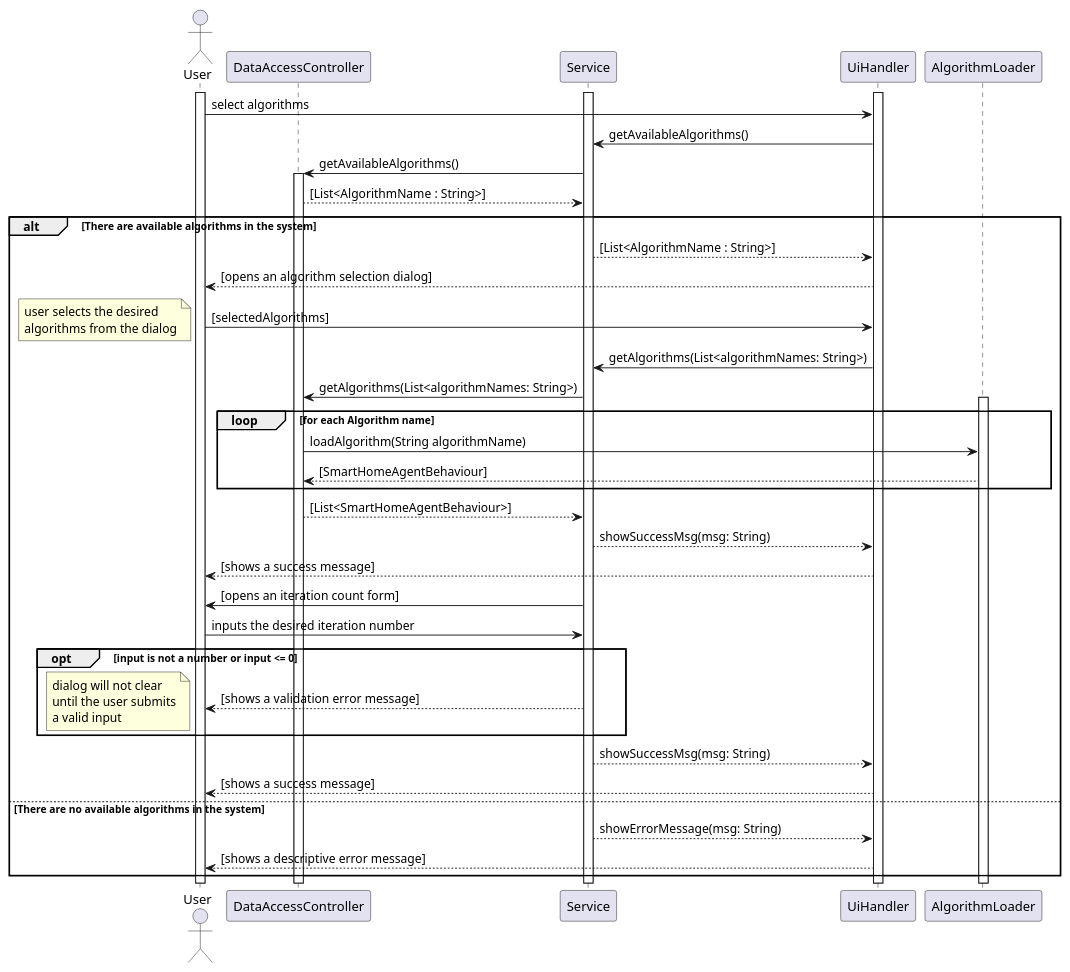
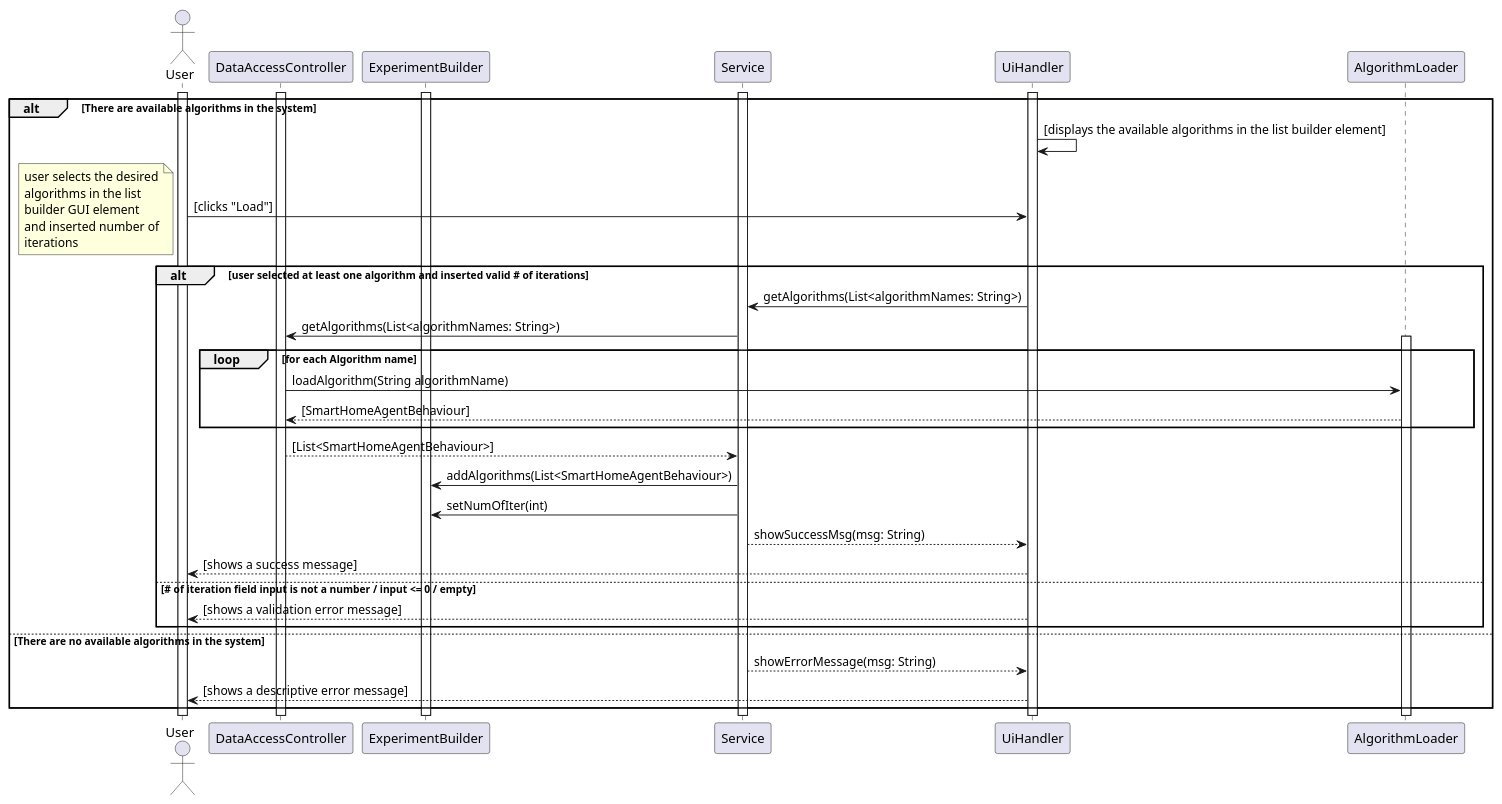
The diagram in Final/Docs/Diagrams/behaviour diagrams/scripts/algoChooseSeq.puml (miamiHits/FinalProject), drawn with PlantUML before and after one commit. The commit also changed 7 other files, not shown here.

Commit message:
updated sequence diagrams according t the new design

```diff
--- a/Final/Docs/Diagrams/behaviour diagrams/scripts/algoChooseSeq.puml
+++ b/Final/Docs/Diagrams/behaviour diagrams/scripts/algoChooseSeq.puml
@@ -1,56 +1,48 @@
 @startuml
 actor User as u
 participant DataAccessController as DAC
+participant ExperimentBuilder as EB
 
 activate u
 activate Service
 activate UiHandler
-
-u -> UiHandler : select algorithms
-UiHandler -> Service : getAvailableAlgorithms()
-Service -> DAC : getAvailableAlgorithms()
-
 activate DAC
-DAC --> Service : [List<AlgorithmName : String>]
+activate EB
 
 alt There are available algorithms in the system
 
-    Service --> UiHandler : [List<AlgorithmName : String>]
-    UiHandler --> u : [opens an algorithm selection dialog]
-    u -> UiHandler : [selectedAlgorithms]
+    UiHandler -> UiHandler : [displays the available algorithms in the list builder element]
+    u -> UiHandler : [clicks "Load"]
     note left
         user selects the desired
-        algorithms from the dialog
+        algorithms in the list
+        builder GUI element
+        and inserted number of
+        iterations
     end note
 
-    UiHandler -> Service : getAlgorithms(List<algorithmNames: String>)
+    alt user selected at least one algorithm and inserted valid # of iterations
+        UiHandler -> Service : getAlgorithms(List<algorithmNames: String>)
 
-    Service -> DAC : getAlgorithms(List<algorithmNames: String>)
+        Service -> DAC : getAlgorithms(List<algorithmNames: String>)
 
-    loop for each Algorithm name
-        activate AlgorithmLoader
-        DAC -> AlgorithmLoader : loadAlgorithm(String algorithmName)
-        AlgorithmLoader --> DAC : [SmartHomeAgentBehaviour]
+        loop for each Algorithm name
+            activate AlgorithmLoader
+            DAC -> AlgorithmLoader : loadAlgorithm(String algorithmName)
+            AlgorithmLoader --> DAC : [SmartHomeAgentBehaviour]
+        end
+
+        DAC --> Service : [List<SmartHomeAgentBehaviour>]
+        Service -> EB : addAlgorithms(List<SmartHomeAgentBehaviour>)
+        Service -> EB : setNumOfIter(int)
+        Service --> UiHandler : showSuccessMsg(msg: String)
+        UiHandler --> u : [shows a success message]
+    else # of iteration field input is not a number / input <= 0 / empty
+        UiHandler --> u : [shows a validation error message]
+
     end
-
-    DAC --> Service : [List<SmartHomeAgentBehaviour>]
-    Service --> UiHandler : showSuccessMsg(msg: String)
-    UiHandler --> u : [shows a success message]
-    Service -> u : [opens an iteration count form]
-    u -> Service : inputs the desired iteration number
-    opt input is not a number or input <= 0
-        Service --> u : [shows a validation error message]
-        note left
-            dialog will not clear
-            until the user submits
-            a valid input
-        end note
-    end
-    Service --> UiHandler : showSuccessMsg(msg: String)
-    UiHandler --> u : [shows a success message]
-
 else There are no available algorithms in the system
     Service --> UiHandler : showErrorMessage(msg: String)
     UiHandler --> u : [shows a descriptive error message]
 end
 @enduml
```
